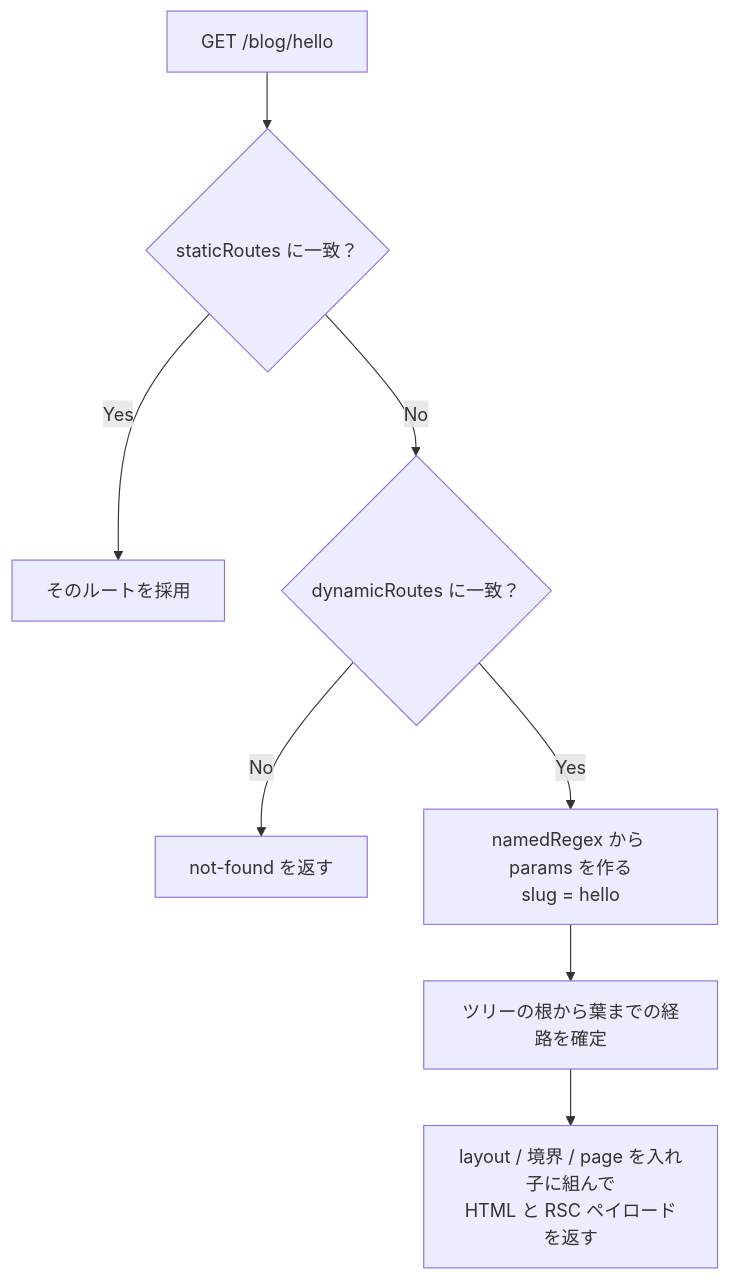
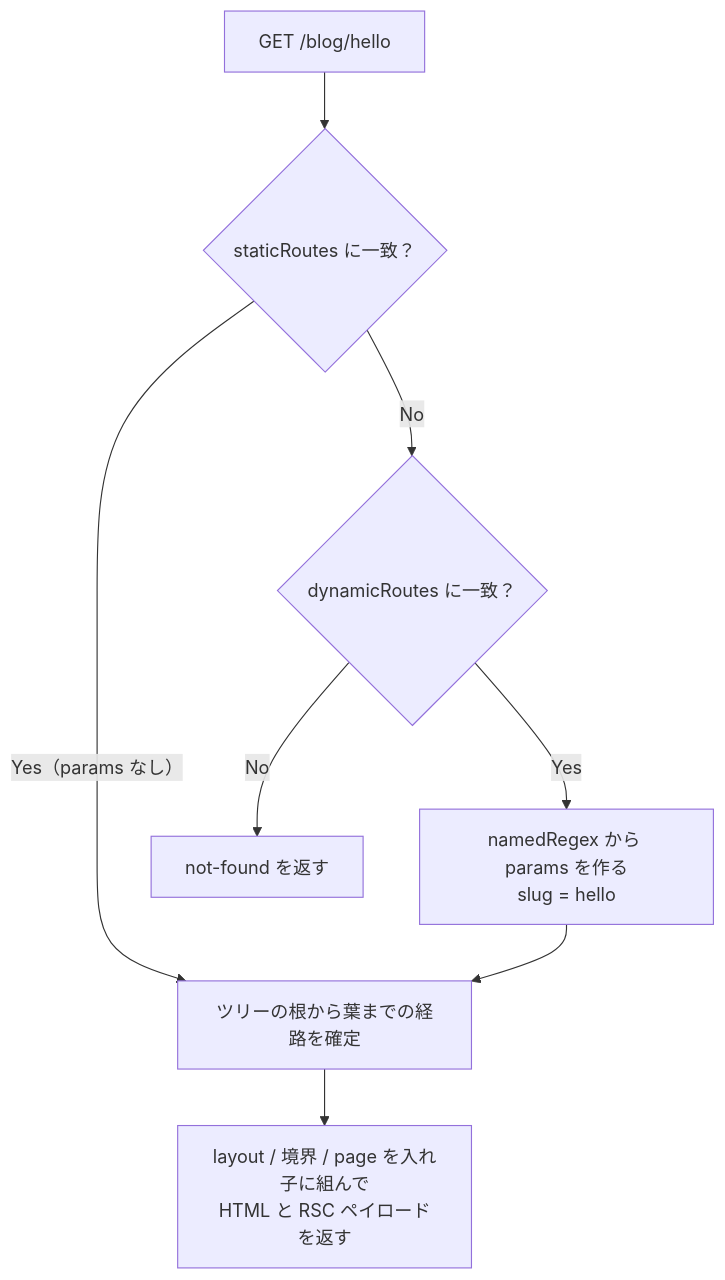
The fifth of 9 diagrams in articles/e7362b53b7d5da.md (nagahara-naoki/zenn), drawn with Mermaid before and after one commit. The commit also changed other lines of this file, not shown here.

````diff
--- a/articles/e7362b53b7d5da.md
+++ b/articles/e7362b53b7d5da.md
@@ -235,10 +235,10 @@
 ```mermaid
 flowchart TD
     A["GET /blog/hello"] --> B{"staticRoutes に一致？"}
-    B -->|Yes| B2["そのルートを採用"]
+    B -->|"Yes（params なし）"| E
     B -->|No| C{"dynamicRoutes に一致？"}
     C -->|No| N["not-found を返す"]
     C -->|Yes| D["namedRegex から params を作る<br/>slug = hello"]
     D --> E["ツリーの根から葉までの経路を確定"]
     E --> F["layout / 境界 / page を入れ子に組んで<br/>HTML と RSC ペイロードを返す"]
 ```
````
